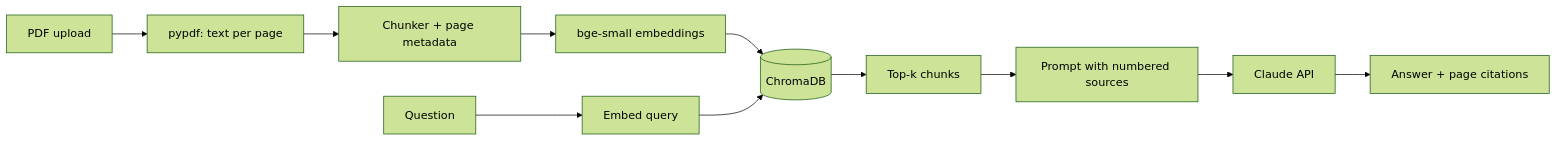
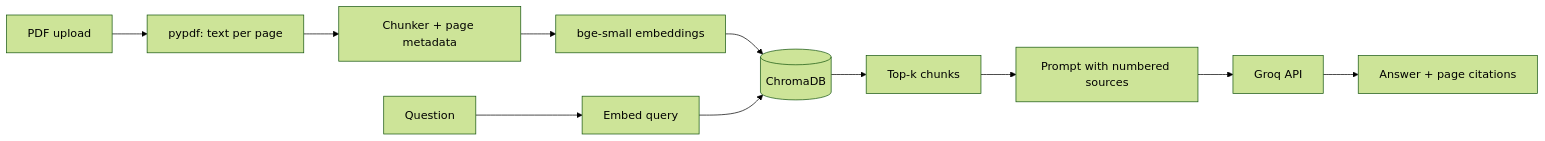
Before and after one commit to Olurinnre/DocChat: the diagram in README.md, drawn with Mermaid (forest theme). The commit also changed other lines of this file and 5 other files, not shown here.

````diff
--- a/README.md
+++ b/README.md
@@ -8,13 +8,13 @@
 ```mermaid
 flowchart LR
   A[PDF upload] --> B[pypdf: text per page]
   B --> C[Chunker + page metadata]
   C --> D[bge-small embeddings]
   D --> E[(ChromaDB)]
   F[Question] --> G[Embed query]
   G --> E
   E --> H[Top-k chunks]
   H --> I[Prompt with numbered sources]
-  I --> J[Claude API]
+  I --> J[Groq API]
   J --> K[Answer + page citations]
 ```
````
